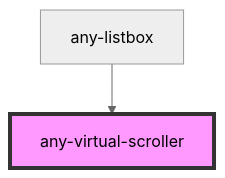
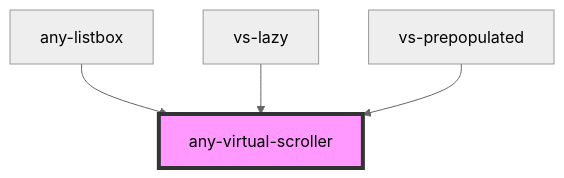
One commit to adaleks/anywhere-ui changed the diagram in packages/core/src/components/virtual-scroller/readme.md. Above: the diagram before and after it, drawn with Mermaid (neutral theme). The commit also changed other lines of this file and 145 other files, not shown here.

````diff
--- a/packages/core/src/components/virtual-scroller/readme.md
+++ b/packages/core/src/components/virtual-scroller/readme.md
@@ -56,5 +58,7 @@
 ```mermaid
 graph TD;
   any-listbox --> any-virtual-scroller
+  vs-lazy --> any-virtual-scroller
+  vs-prepopulated --> any-virtual-scroller
   style any-virtual-scroller fill:#f9f,stroke:#333,stroke-width:4px
 ```
````
